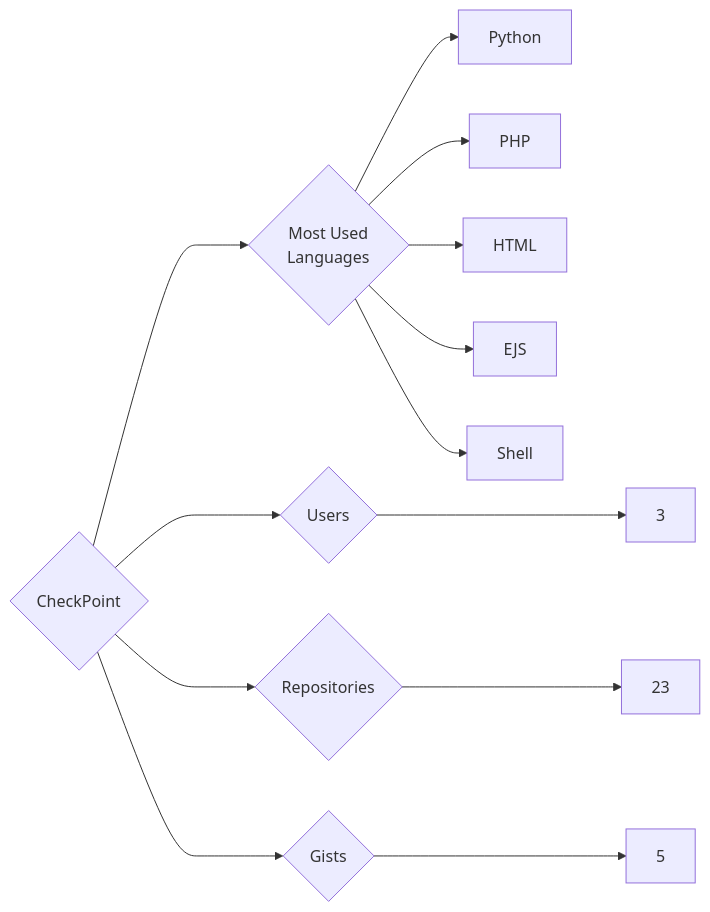
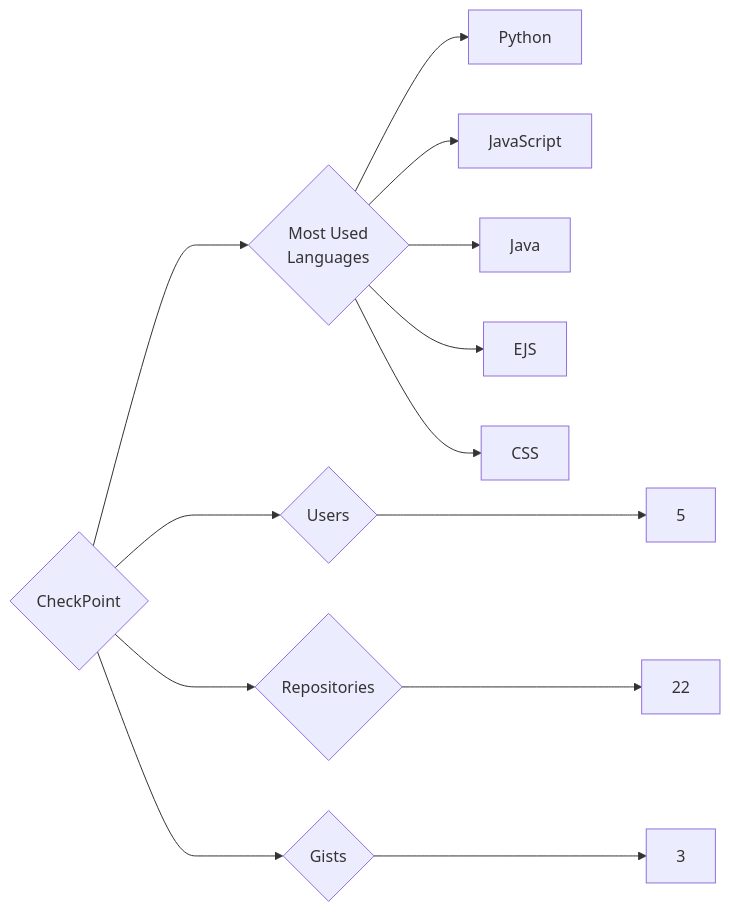
The diagram in targets/CheckPoint/README.md (trickest/insiders), drawn with Mermaid before and after one commit. The commit also changed 927 other files, not shown here.

````diff
--- a/targets/CheckPoint/README.md
+++ b/targets/CheckPoint/README.md
@@ -3,13 +3,13 @@
 ```mermaid
 graph LR
 COMPANY_NAME{CheckPoint}
-COMPANY_NAME ---> U{Users} ---> UN[3]
-COMPANY_NAME ---> R{Repositories} ---> RN[23]
-COMPANY_NAME ---> G{Gists} ---> GN[5]
+COMPANY_NAME ---> U{Users} ---> UN[5]
+COMPANY_NAME ---> R{Repositories} ---> RN[22]
+COMPANY_NAME ---> G{Gists} ---> GN[3]
 COMPANY_NAME ---> ML{Most Used<br>Languages}
 ML --> Python[Python]
-ML --> PHP[PHP]
-ML --> HTML[HTML]
+ML --> JavaScript[JavaScript]
+ML --> Java[Java]
 ML --> EJS[EJS]
-ML --> Shell[Shell]
+ML --> CSS[CSS]
 ```
````
